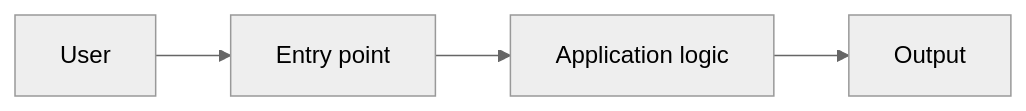
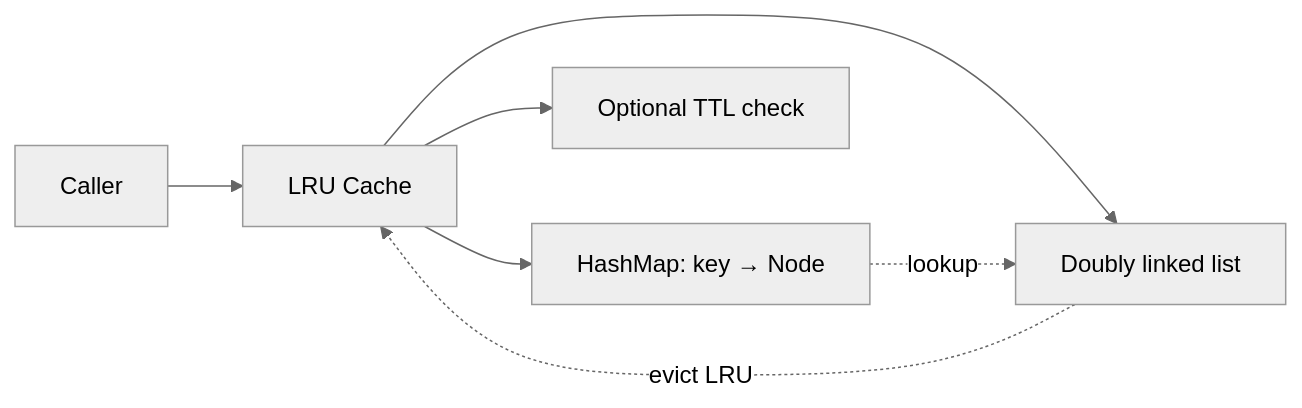
One commit to ALPHAMAN-0/LRU changed the diagram in README.md. Above: the diagram before and after it, drawn with Mermaid (neutral theme).

Commit message:
docs: refine architecture diagram with repo-specific detail

````diff
--- a/README.md
+++ b/README.md
@@ -10,6 +10,9 @@
 ```mermaid
 flowchart LR
-    User --> Entry[Entry point]
-    Entry --> Logic[Application logic]
-    Logic --> Output[Output]
+    Client[Caller] --> Cache[LRU Cache]
+    Cache --> Map[HashMap: key → Node]
+    Cache --> DLL[Doubly linked list]
+    Map -. lookup .-> DLL
+    DLL -. evict LRU .-> Cache
+    Cache --> TTL[Optional TTL check]
 ```
````
